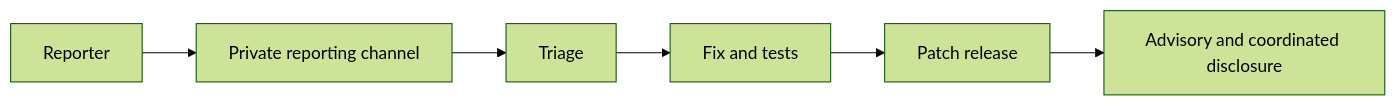
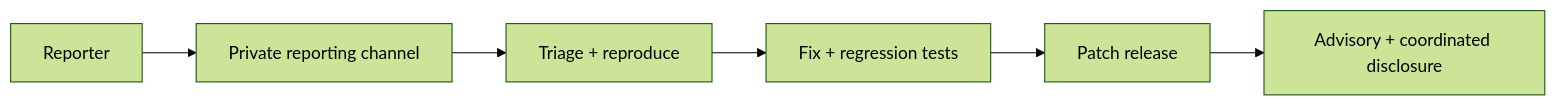
The first of 2 diagrams in .github/SECURITY.md (bartytime4life/Kansas-Frontier-Matrix), drawn with Mermaid (forest theme) before and after one commit. The commit also changed other lines of this file, not shown here.

```diff
--- a/.github/SECURITY.md
+++ b/.github/SECURITY.md
@@ -198,8 +232,8 @@
 ~~~mermaid
 flowchart LR
   R[Reporter] --> C[Private reporting channel]
-  C --> T[Triage]
-  T --> F[Fix and tests]
+  C --> T[Triage + reproduce]
+  T --> F[Fix + regression tests]
   F --> P[Patch release]
-  P --> A[Advisory and coordinated disclosure]
+  P --> A[Advisory + coordinated disclosure]
 ~~~
```
